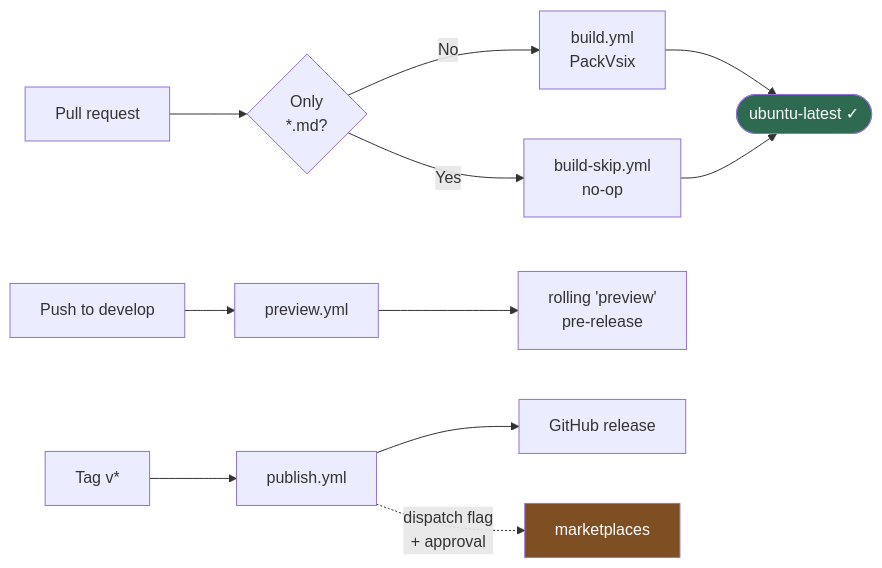
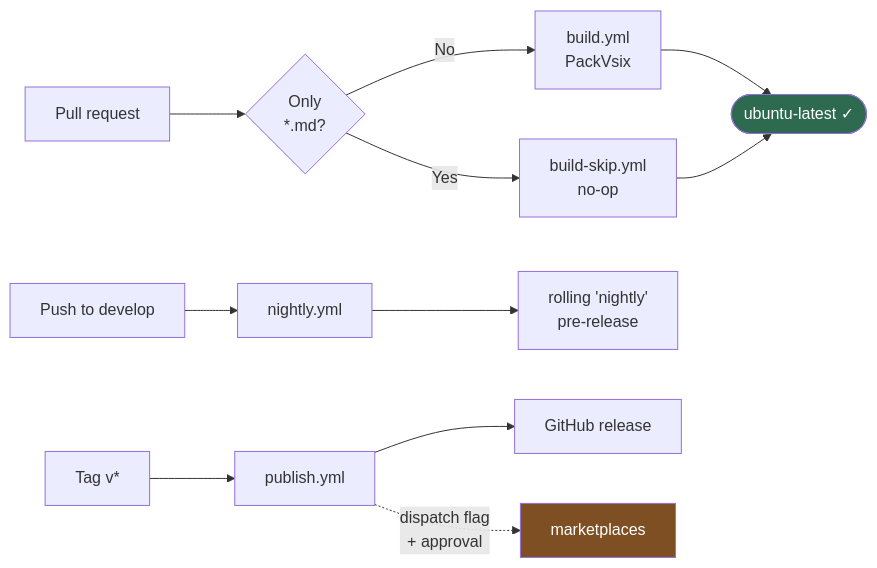
One commit to Fallout-build/Fallout.Extensions.VSCode changed the first of 2 diagrams in docs/ci.md. Above: the diagram before and after it, drawn with Mermaid. The commit also changed other lines of this file and 6 other files, not shown here.

First line of the commit message:
Rename the rolling channel from preview to nightly

````diff
--- a/docs/ci.md
+++ b/docs/ci.md
@@ -16,18 +16,18 @@
 ```mermaid
 flowchart LR
     PR["Pull request"] --> G{"Only<br/>*.md?"}
     G -->|No| B["build.yml<br/>PackVsix"]
     G -->|Yes| S["build-skip.yml<br/>no-op"]
     B --> C(["ubuntu-latest ✓"])
     S --> C
 
-    D["Push to develop"] --> P["preview.yml"]
-    P --> PR2["rolling 'preview'<br/>pre-release"]
+    D["Push to develop"] --> P["nightly.yml"]
+    P --> PR2["rolling 'nightly'<br/>pre-release"]
 
     T["Tag v*"] --> V["publish.yml"]
     V --> R["GitHub release"]
     V -.->|"dispatch flag<br/>+ approval"| M["marketplaces"]
 
     style C fill:#2d6a4f,color:#fff
     style M fill:#7f4f24,color:#fff
 ```
````
